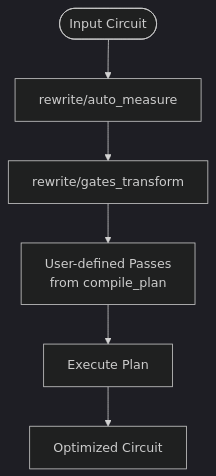
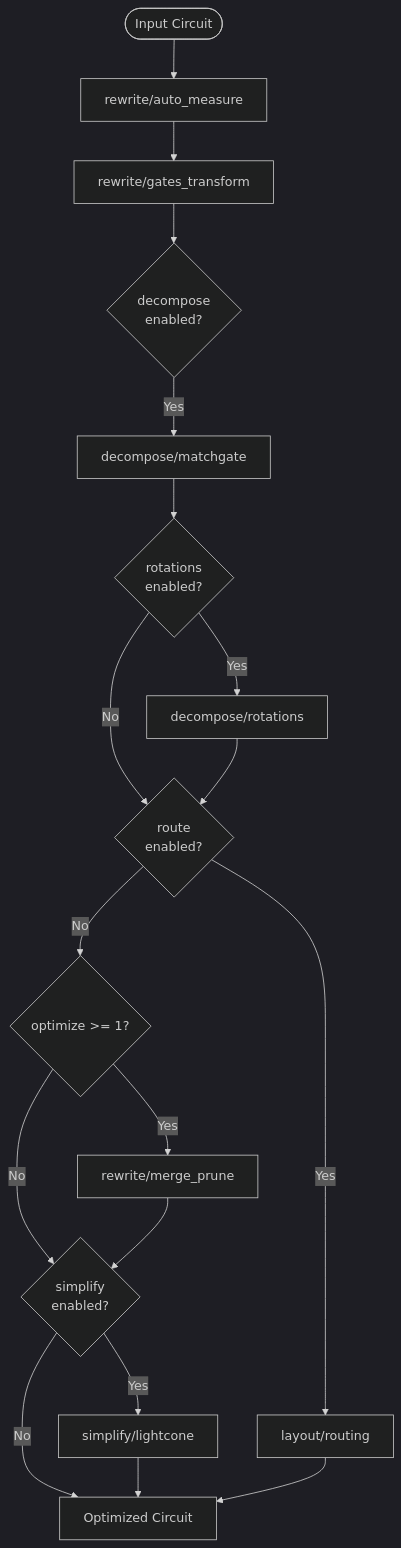
One commit to QureGenAI-Biotech/TyxonQ changed the second of 6 diagrams in .qoder/repowiki/en/content/Backend Compilers/Native Compiler.md. Above: the diagram before and after it, drawn with Mermaid (dark theme). The commit also changed other lines of this file and 516 other files, not shown here.

````diff
--- a/.qoder/repowiki/en/content/Backend Compilers/Native Compiler.md
+++ b/.qoder/repowiki/en/content/Backend Compilers/Native Compiler.md
@@ -32,8 +79,20 @@
 ```mermaid
 flowchart TD
 Start([Input Circuit]) --> AutoMeasure["rewrite/auto_measure"]
 AutoMeasure --> GatesTransform["rewrite/gates_transform"]
-GatesTransform --> CustomPasses["User-defined Passes<br/>from compile_plan"]
-CustomPasses --> Execution["Execute Plan"]
-Execution --> OutputCircuit["Optimized Circuit"]
+GatesTransform --> Decompose{"decompose<br/>enabled?"}
+Decompose --> |Yes| Matchgate["decompose/matchgate"]
+Matchgate --> Rotations{"rotations<br/>enabled?"}
+Rotations --> |Yes| RotationDecomp["decompose/rotations"]
+Rotations --> |No| RouteCheck{"route<br/>enabled?"}
+RouteCheck --> |Yes| Routing["layout/routing"]
+RouteCheck --> |No| OptimizeCheck{"optimize >= 1?"}
+OptimizeCheck --> |Yes| MergePrune["rewrite/merge_prune"]
+OptimizeCheck --> |No| SimplifyCheck{"simplify<br/>enabled?"}
+SimplifyCheck --> |Yes| Lightcone["simplify/lightcone"]
+SimplifyCheck --> |No| OutputCircuit["Optimized Circuit"]
+MergePrune --> SimplifyCheck
+Lightcone --> OutputCircuit
+Routing --> OutputCircuit
+RotationDecomp --> RouteCheck
 ```
````
